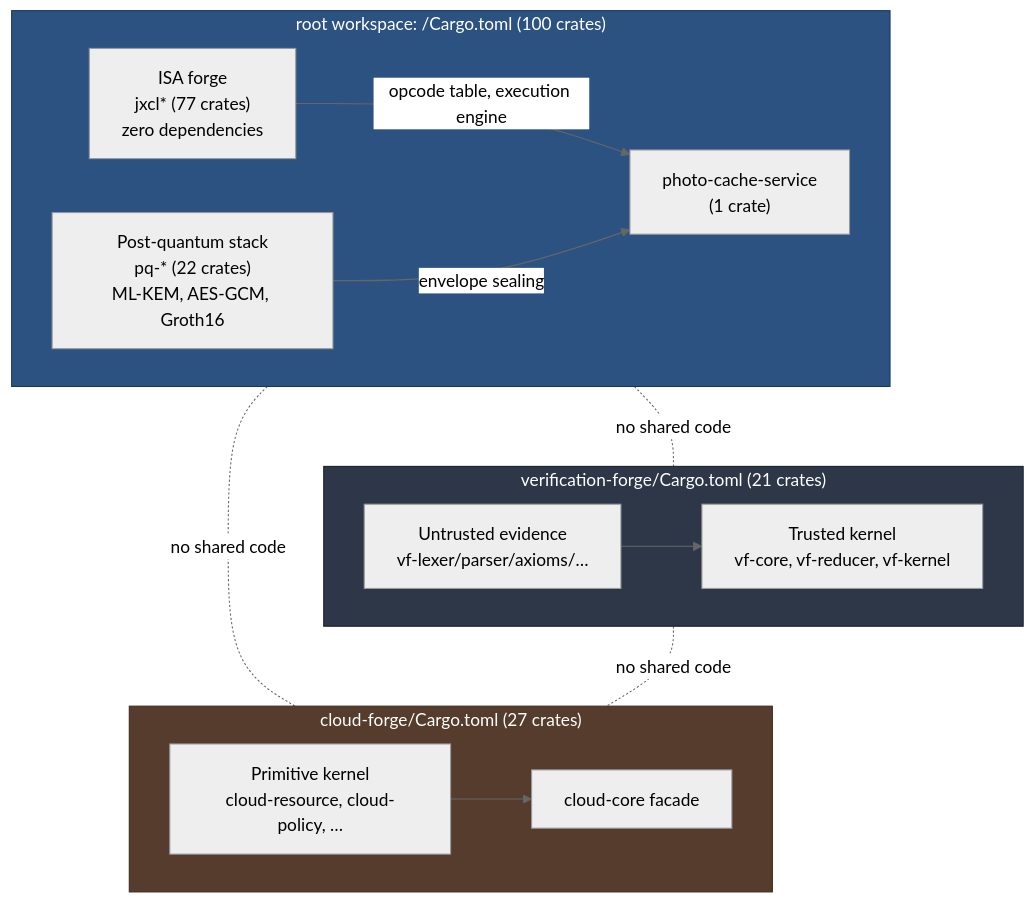
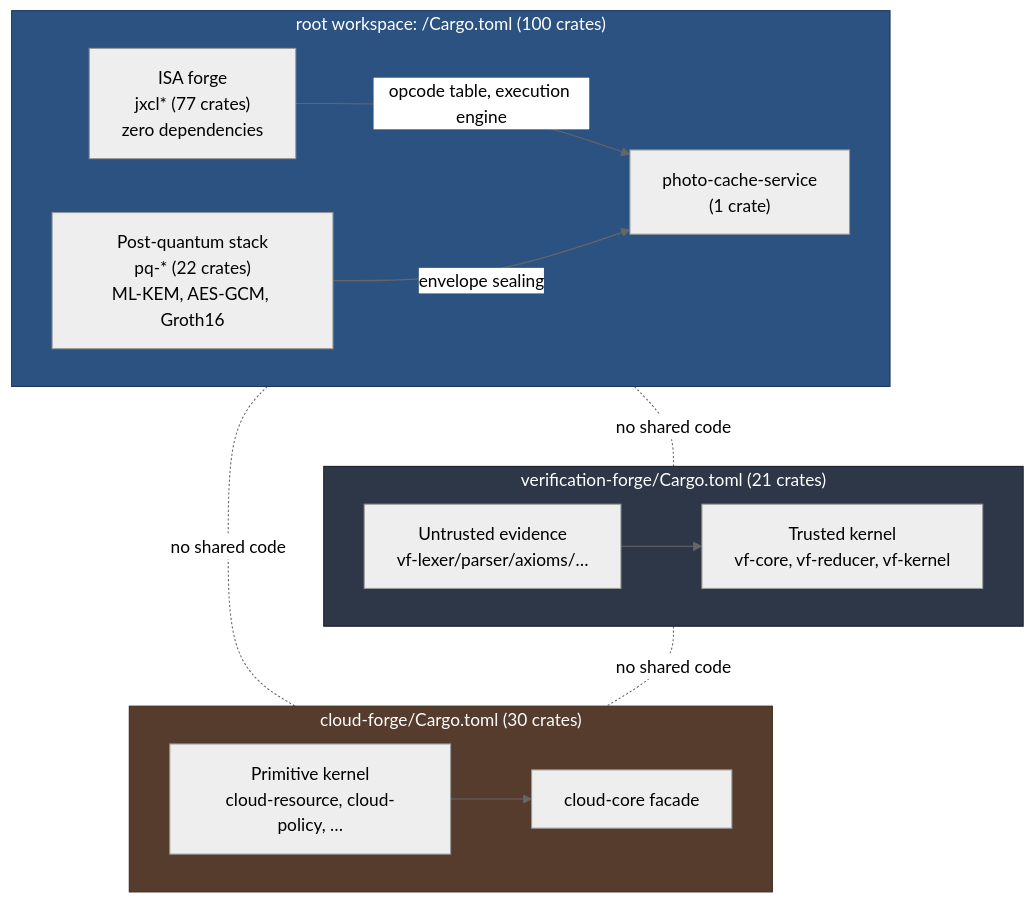
The first of 5 diagrams in README.md (SNAPKITTYAGENT9NOVA/tlm-jxcl-forge), drawn with Mermaid (neutral theme) before and after one commit. The commit also changed other lines of this file and 9 other files, not shown here.

First line of the commit message:
cloud-forge: Phase 7, messaging primitives

````diff
--- a/README.md
+++ b/README.md
@@ -69,33 +69,33 @@
 ```mermaid
 flowchart TB
     subgraph ROOT["root workspace: /Cargo.toml (100 crates)"]
         direction LR
         isa["ISA forge<br/>jxcl* (77 crates)<br/>zero dependencies"]
         pq["Post-quantum stack<br/>pq-* (22 crates)<br/>ML-KEM, AES-GCM, Groth16"]
         svc["photo-cache-service<br/>(1 crate)"]
         isa -->|opcode table, execution engine| svc
         pq -->|envelope sealing| svc
     end
 
     subgraph VF["verification-forge/Cargo.toml (21 crates)"]
         direction LR
         vfk["Trusted kernel<br/>vf-core, vf-reducer, vf-kernel"]
         vfe["Untrusted evidence<br/>vf-lexer/parser/axioms/…"]
         vfe --> vfk
     end
 
-    subgraph CF["cloud-forge/Cargo.toml (27 crates)"]
+    subgraph CF["cloud-forge/Cargo.toml (30 crates)"]
         direction LR
         cfk["Primitive kernel<br/>cloud-resource, cloud-policy, …"]
         cfc["cloud-core facade"]
         cfk --> cfc
     end
 
     ROOT -.no shared code.- VF
     ROOT -.no shared code.- CF
     VF -.no shared code.- CF
 
     style ROOT fill:#2c5282,color:#fff,stroke:#1a365d
     style VF fill:#2d3748,color:#fff,stroke:#1a202c
     style CF fill:#553c2c,color:#fff,stroke:#3d2b1f
 ```
````
